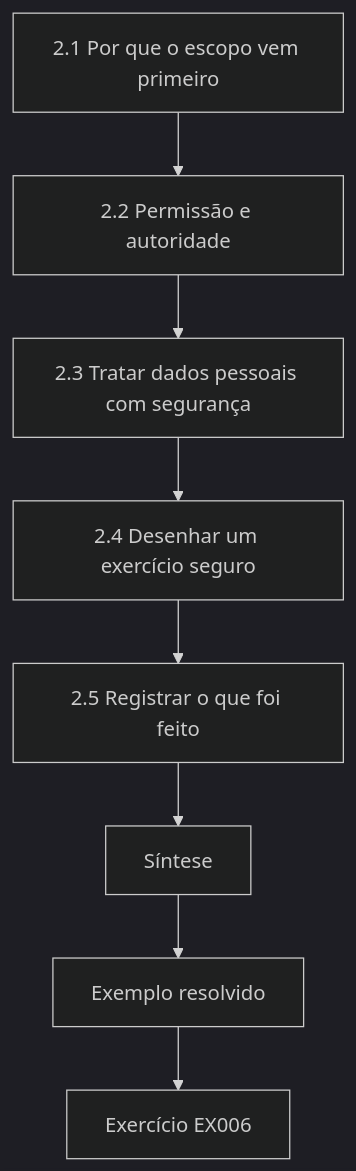
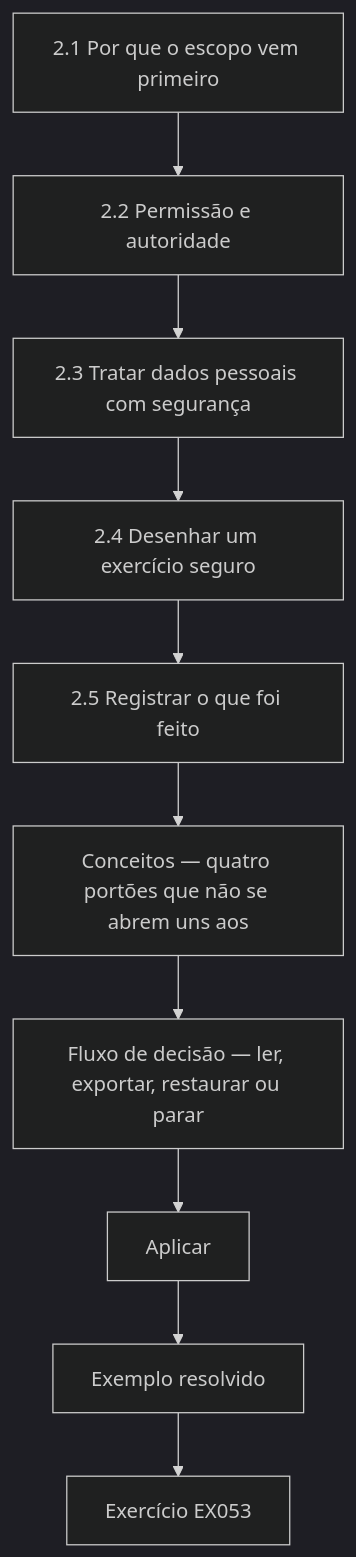
Before and after one commit to hiagokinlevi/CyKin: the fourth of 12 diagrams in levels/rapid-1-month/security-governance-risk-compliance/pt/book/MANUSCRIPT.md, drawn with Mermaid (dark theme). The commit also changed other lines of this file and 1 other file, not shown here.

````diff
--- a/levels/rapid-1-month/security-governance-risk-compliance/pt/book/MANUSCRIPT.md
+++ b/levels/rapid-1-month/security-governance-risk-compliance/pt/book/MANUSCRIPT.md
@@ -236,12 +287,14 @@
 ```mermaid
 flowchart TD
   N0["2.1 Por que o escopo vem primeiro"]
   N1["2.2 Permissão e autoridade"]
   N2["2.3 Tratar dados pessoais com segurança"]
   N3["2.4 Desenhar um exercício seguro"]
   N4["2.5 Registrar o que foi feito"]
-  N5["Síntese"]
-  N0 --> N1 --> N2 --> N3 --> N4 --> N5
-  N5 --> EX["Exemplo resolvido"]
-  EX --> Q["Exercício EX006"]
+  N5["Conceitos — quatro portões que não se abrem uns aos"]
+  N6["Fluxo de decisão — ler, exportar, restaurar ou parar"]
+  N7["Aplicar"]
+  N0 --> N1 --> N2 --> N3 --> N4 --> N5 --> N6 --> N7
+  N7 --> EX["Exemplo resolvido"]
+  EX --> Q["Exercício EX053"]
 ```
````
